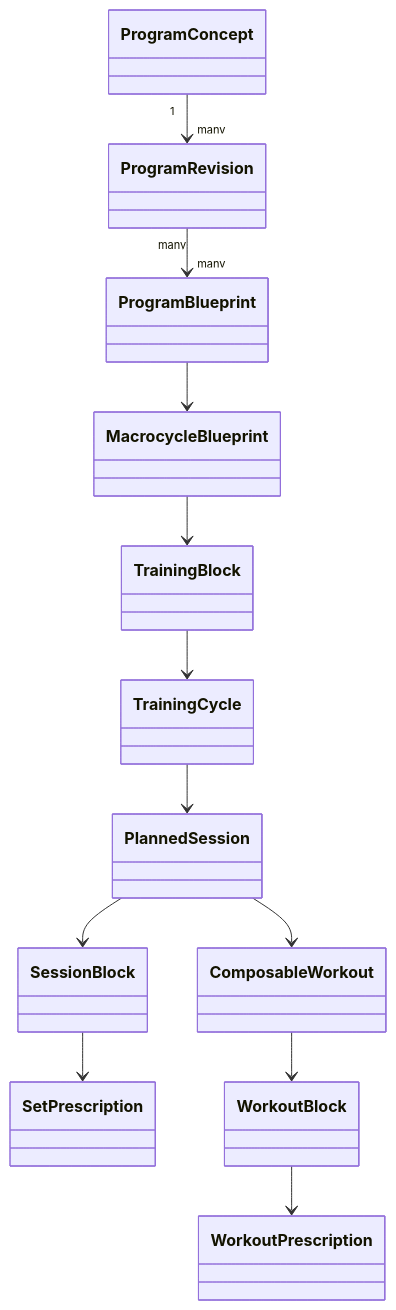
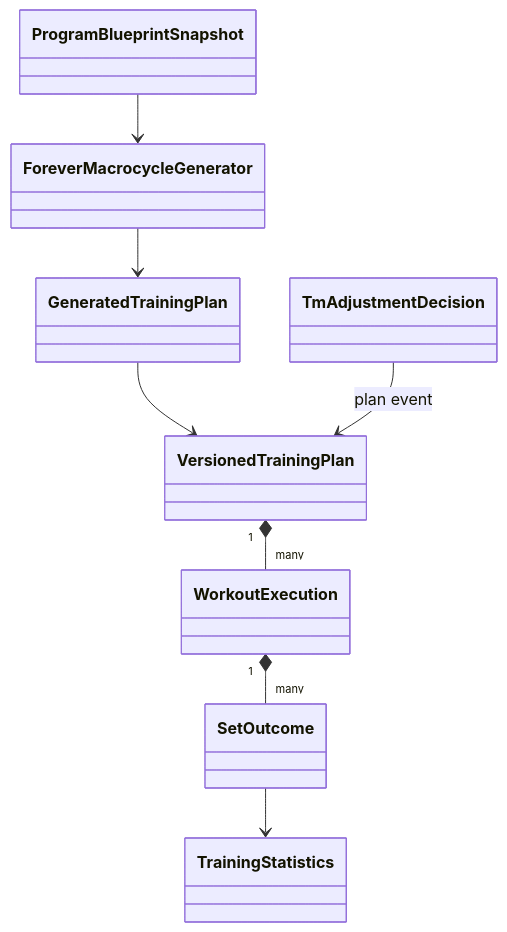
One commit to Totem974/HybridTraining changed the diagram in docs/architecture/domain-model-diagram.md. Above: the diagram before and after it, drawn with Mermaid. The commit also changed other lines of this file and 9 other files, not shown here.

Commit message:
docs: document final core architecture and validation

````diff
--- a/docs/architecture/domain-model-diagram.md
+++ b/docs/architecture/domain-model-diagram.md
@@ -3,14 +3,19 @@
 ```mermaid
 classDiagram
-  ProgramConcept "1" --> "many" ProgramRevision
-  ProgramRevision "many" --> "many" ProgramBlueprint
-  ProgramBlueprint --> MacrocycleBlueprint
-  MacrocycleBlueprint --> TrainingBlock
-  TrainingBlock --> TrainingCycle
-  TrainingCycle --> PlannedSession
-  PlannedSession --> SessionBlock
-  SessionBlock --> SetPrescription
-  PlannedSession --> ComposableWorkout
-  ComposableWorkout --> WorkoutBlock
-  WorkoutBlock --> WorkoutPrescription
+  class ProgramBlueprintSnapshot
+  class ForeverMacrocycleGenerator
+  class GeneratedTrainingPlan
+  class VersionedTrainingPlan
+  class WorkoutExecution
+  class SetOutcome
+  class TmAdjustmentDecision
+  class TrainingStatistics
+
+  ProgramBlueprintSnapshot --> ForeverMacrocycleGenerator
+  ForeverMacrocycleGenerator --> GeneratedTrainingPlan
+  GeneratedTrainingPlan --> VersionedTrainingPlan
+  VersionedTrainingPlan "1" *-- "many" WorkoutExecution
+  WorkoutExecution "1" *-- "many" SetOutcome
+  SetOutcome --> TrainingStatistics
+  TmAdjustmentDecision --> VersionedTrainingPlan : plan event
 ```
````
